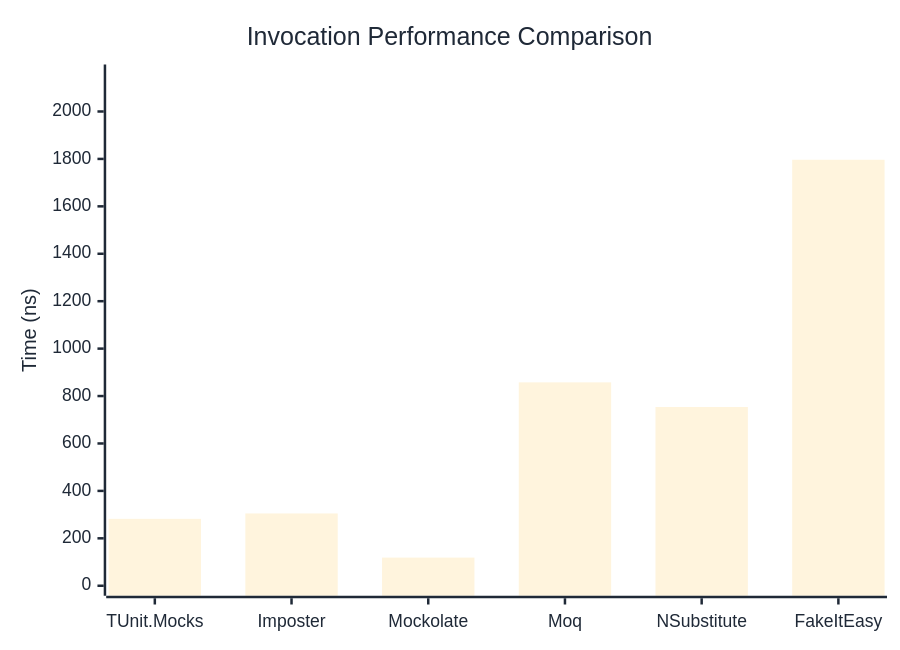
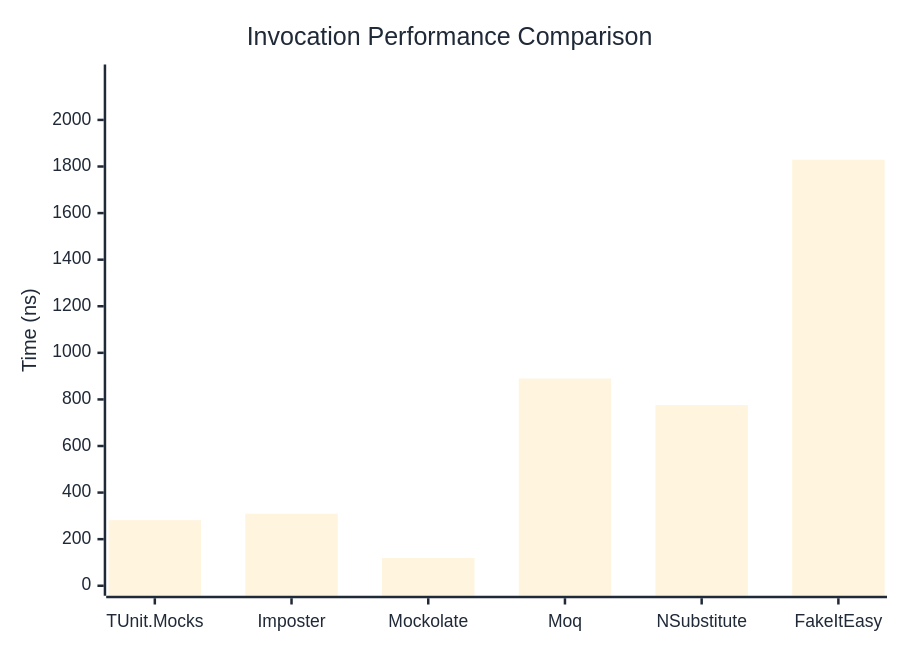
Before and after one commit to thomhurst/TUnit: the first of 3 diagrams in docs/docs/benchmarks/mocks/Invocation.md, drawn with Mermaid. The commit also changed other lines of this file and 14 other files, not shown here.

````diff
--- a/docs/docs/benchmarks/mocks/Invocation.md
+++ b/docs/docs/benchmarks/mocks/Invocation.md
@@ -30,27 +30,27 @@
 ```mermaid
 %%{init: {
   'theme':'base',
   'themeVariables': {
     'primaryColor': '#2563eb',
     'primaryTextColor': '#1f2937',
     'primaryBorderColor': '#1e40af',
     'lineColor': '#6b7280',
     'secondaryColor': '#7c3aed',
     'tertiaryColor': '#dc2626',
     'background': '#ffffff',
     'pie1': '#2563eb',
     'pie2': '#7c3aed',
     'pie3': '#dc2626',
     'pie4': '#f59e0b',
     'pie5': '#10b981',
     'pie6': '#06b6d4',
     'pie7': '#ec4899',
     'pie8': '#6366f1'
   }
 }}%%
 xychart-beta
   title "Invocation Performance Comparison"
   x-axis ["TUnit.Mocks", "Imposter", "Mockolate", "Moq", "NSubstitute", "FakeItEasy"]
-  y-axis "Time (ns)" 0 --> 2156
-  bar [282.12, 304.95, 118.74, 857.72, 753.89, 1796.47]
+  y-axis "Time (ns)" 0 --> 2195
+  bar [281.6, 309.4, 119.1, 889.7, 775.8, 1829.1]
 ```
````
